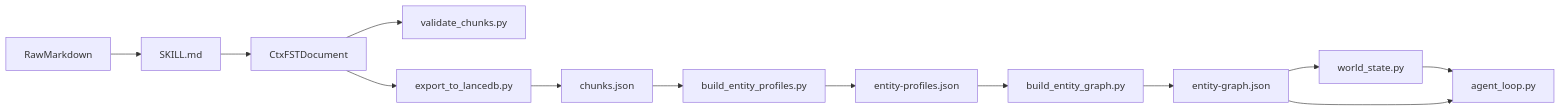
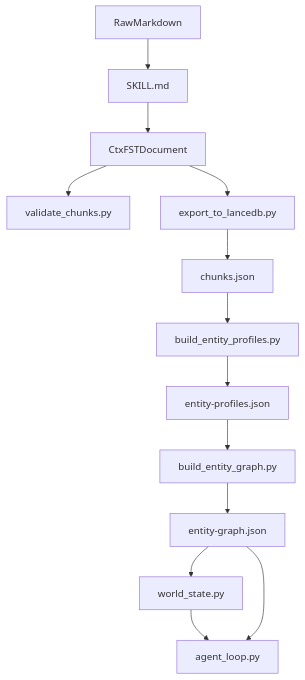
Before and after one commit to ctxfst/skill-chunk-md: the diagram in README.md, drawn with Mermaid.

````diff
--- a/README.md
+++ b/README.md
@@ -77,15 +77,15 @@
 ```mermaid
-flowchart LR
+flowchart TD
 rawMarkdown[RawMarkdown] --> skill[SKILL.md]
 skill --> ctxfstDoc[CtxFSTDocument]
 ctxfstDoc --> validate[validate_chunks.py]
 ctxfstDoc --> export[export_to_lancedb.py]
 export --> chunksJson[chunks.json]
 chunksJson --> profilesBuilder[build_entity_profiles.py]
 profilesBuilder --> entityProfiles[entity-profiles.json]
 entityProfiles --> graphBuilder[build_entity_graph.py]
 graphBuilder --> entityGraph[entity-graph.json]
 entityGraph --> agentState[world_state.py]
 agentState --> agentLoop[agent_loop.py]
 entityGraph --> agentLoop
 ```
````
